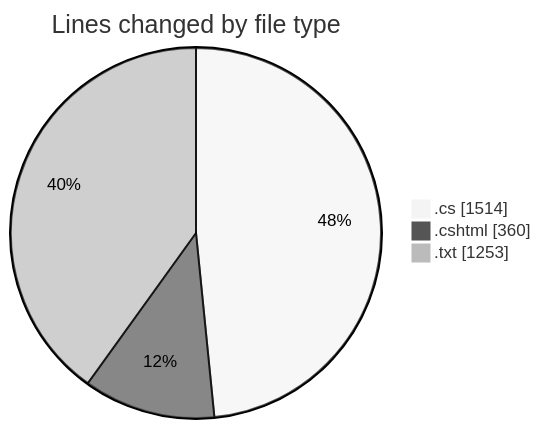
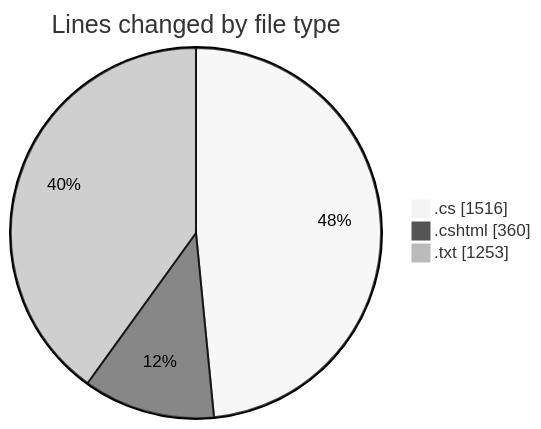
Before and after one commit to lephambinh05/code-tracking: the first of 2 diagrams in 2025-07-24/quanlyrapchieuphim-1/README.md, drawn with Mermaid (neutral theme). The commit also changed other lines of this file and 1 other file, not shown here.

````diff
--- a/2025-07-24/quanlyrapchieuphim-1/README.md
+++ b/2025-07-24/quanlyrapchieuphim-1/README.md
@@ -26,7 +26,7 @@
 ```mermaid
 pie showData
 title Lines changed by file type
-".cs" : 1514
+".cs" : 1516
 ".cshtml" : 360
 ".txt" : 1253
 ```
````
